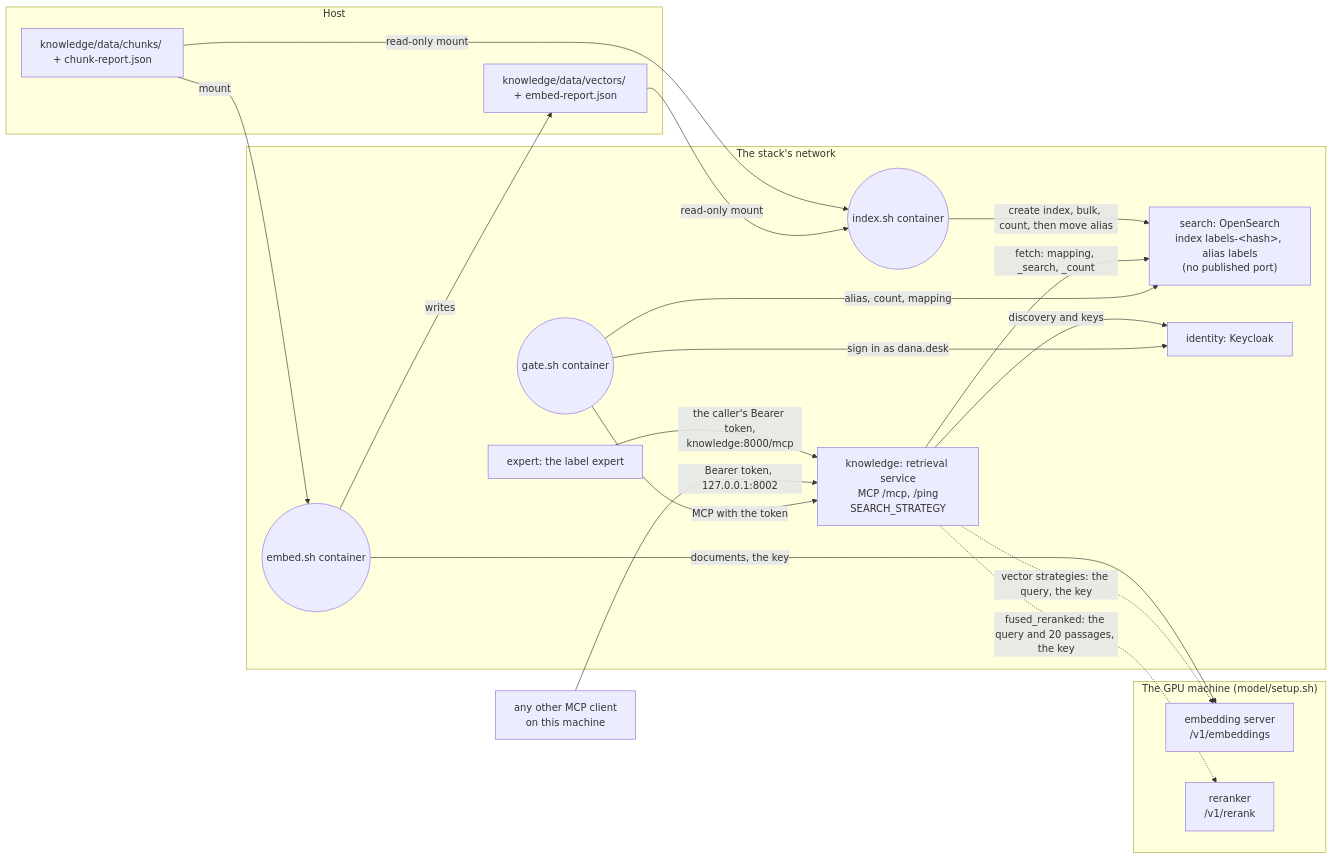
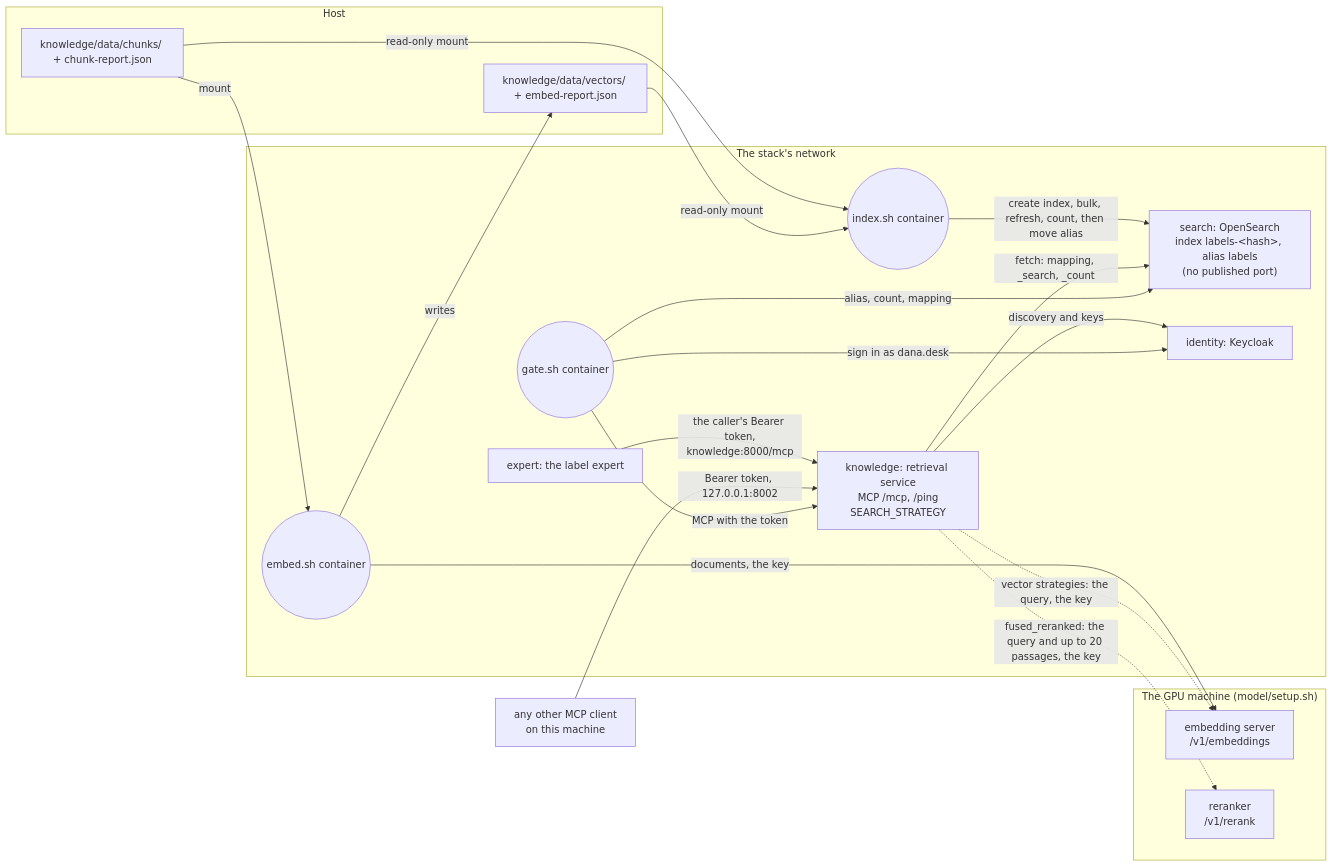
The fifth of 5 diagrams in docs/architecture/knowledge.md (AndrewPHunter/ai-on-aws), drawn with Mermaid before and after one commit. The commit also changed other lines of this file and 17 other files, not shown here.

````diff
--- a/docs/architecture/knowledge.md
+++ b/docs/architecture/knowledge.md
@@ -133,36 +138,36 @@
 ```mermaid
 flowchart LR
     subgraph Host
         CK["knowledge/data/chunks/ + chunk-report.json"]
         VK["knowledge/data/vectors/ + embed-report.json"]
     end
     subgraph Net["The stack's network"]
         EX(("embed.sh container"))
         IX(("index.sh container"))
         OS["search: OpenSearch<br/>index labels-&lt;hash&gt;, alias labels<br/>(no published port)"]
         RS["knowledge: retrieval service<br/>MCP /mcp, /ping<br/>SEARCH_STRATEGY"]
         ID["identity: Keycloak"]
         GT(("gate.sh container"))
         AG["expert: the label expert"]
     end
     subgraph GPU["The GPU machine (model/setup.sh)"]
         EM["embedding server<br/>/v1/embeddings"]
         RR["reranker<br/>/v1/rerank"]
     end
     MC["any other MCP client<br/>on this machine"]
     CK -- "mount" --> EX
     EX -- "documents, the key" --> EM
     EX -- "writes" --> VK
     CK -- "read-only mount" --> IX
     VK -- "read-only mount" --> IX
-    IX -- "create index, bulk, count, then move alias" --> OS
+    IX -- "create index, bulk, refresh, count, then move alias" --> OS
     AG -- "the caller's Bearer token,<br/>knowledge:8000/mcp" --> RS
     MC -- "Bearer token, 127.0.0.1:8002" --> RS
     RS -- "discovery and keys" --> ID
     RS -- "fetch: mapping, _search, _count" --> OS
     RS -. "vector strategies: the query, the key" .-> EM
-    RS -. "fused_reranked: the query and 20 passages, the key" .-> RR
+    RS -. "fused_reranked: the query and up to 20 passages, the key" .-> RR
     GT -- "sign in as dana.desk" --> ID
     GT -- "MCP with the token" --> RS
     GT -- "alias, count, mapping" --> OS
 ```
````
